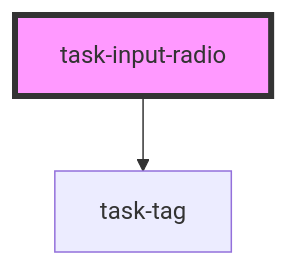
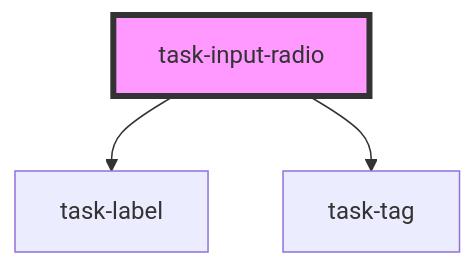
Before and after one commit to dschultz0/task-components: the diagram in src/components/task-input-radio/readme.md, drawn with Mermaid. The commit also changed other lines of this file and 4 other files, not shown here.

````diff
--- a/src/components/task-input-radio/readme.md
+++ b/src/components/task-input-radio/readme.md
@@ -79,5 +80,6 @@
 ```mermaid
 graph TD;
+  task-input-radio --> task-label
   task-input-radio --> task-tag
   style task-input-radio fill:#f9f,stroke:#333,stroke-width:4px
 ```
````
